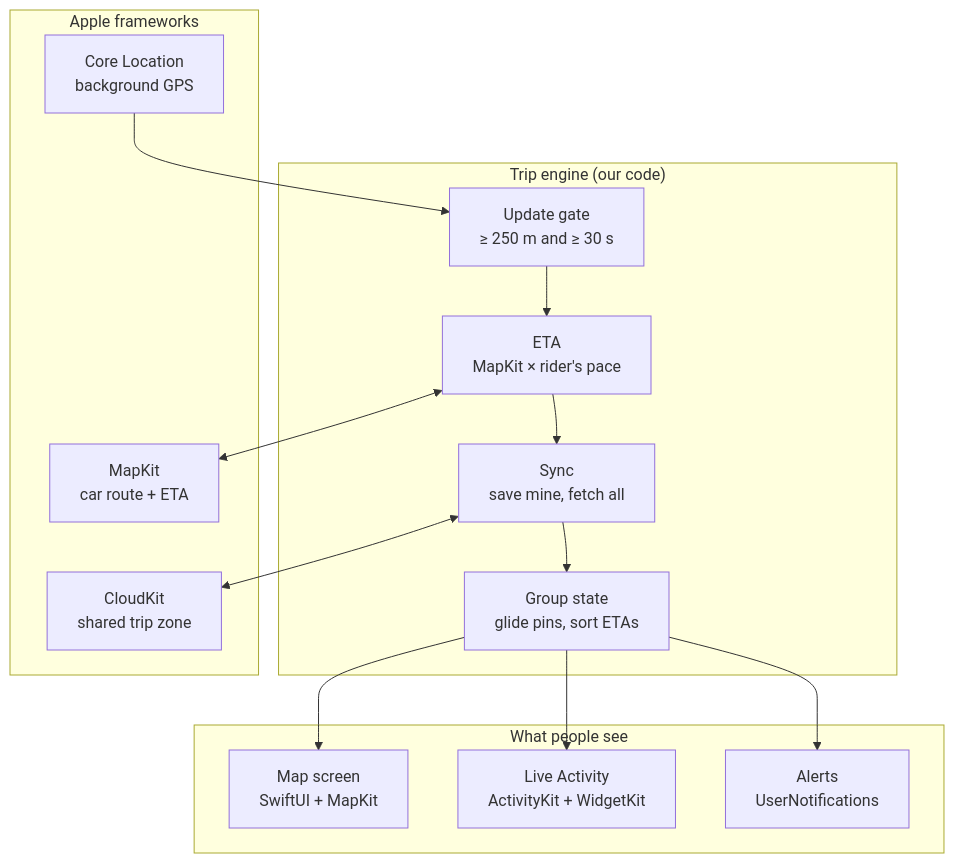
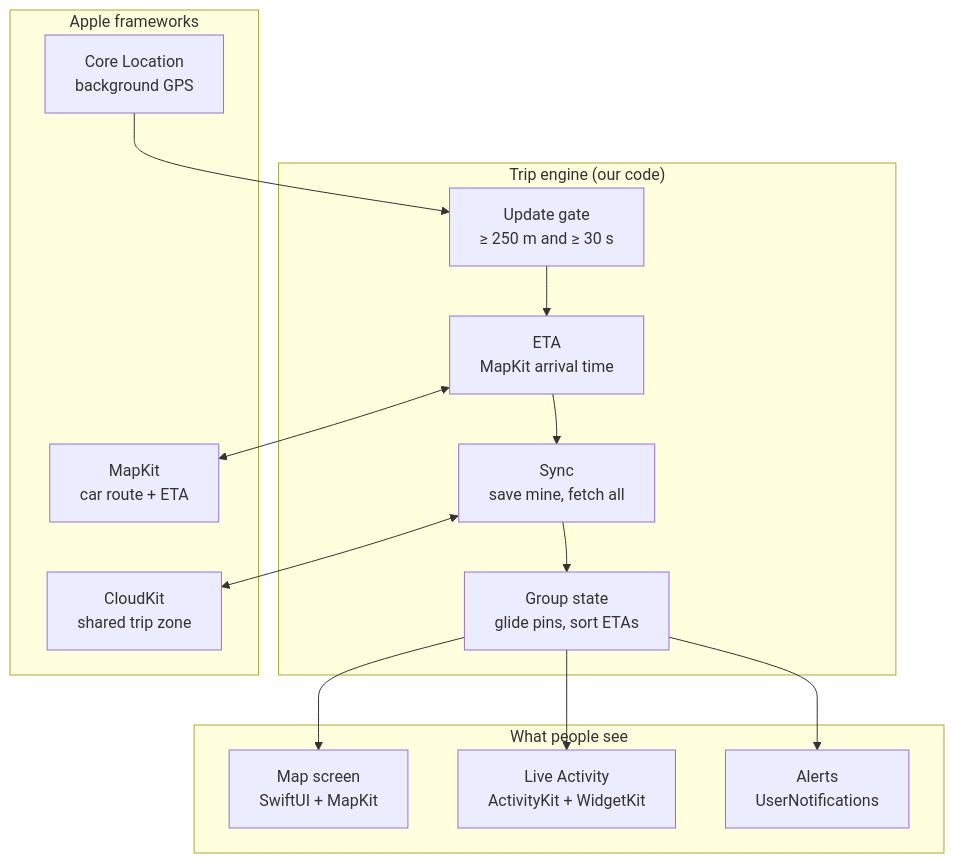
One commit to hardytee1/Funtastic4 changed the second of 3 diagrams in README.md. Above: the diagram before and after it, drawn with Mermaid. The commit also changed other lines of this file, not shown here.

Commit message:
Use MapKit's ETA as is, add background behaviour and battery estimates, drop Bali specifics

````diff
--- a/README.md
+++ b/README.md
@@ -40,20 +41,20 @@
 ```mermaid
 flowchart TB
     subgraph surfaces["What people see"]
         screen["Map screen<br/>SwiftUI + MapKit"]
         liveAct["Live Activity<br/>ActivityKit + WidgetKit"]
         alertsN["Alerts<br/>UserNotifications"]
     end
     subgraph engine["Trip engine (our code)"]
-        gate["Update gate<br/>≥ 250 m and ≥ 30 s"] --> etaStep["ETA<br/>MapKit × rider's pace"] --> syncStep["Sync<br/>save mine, fetch all"] --> groupState["Group state<br/>glide pins, sort ETAs"]
+        gate["Update gate<br/>≥ 250 m and ≥ 30 s"] --> etaStep["ETA<br/>MapKit arrival time"] --> syncStep["Sync<br/>save mine, fetch all"] --> groupState["Group state<br/>glide pins, sort ETAs"]
     end
     subgraph frameworks["Apple frameworks"]
         coreLoc["Core Location<br/>background GPS"]
         mapKit["MapKit<br/>car route + ETA"]
         cloudKit["CloudKit<br/>shared trip zone"]
     end
     coreLoc --> gate
     etaStep <--> mapKit
     syncStep <--> cloudKit
     groupState --> screen & liveAct & alertsN
 ```
````
